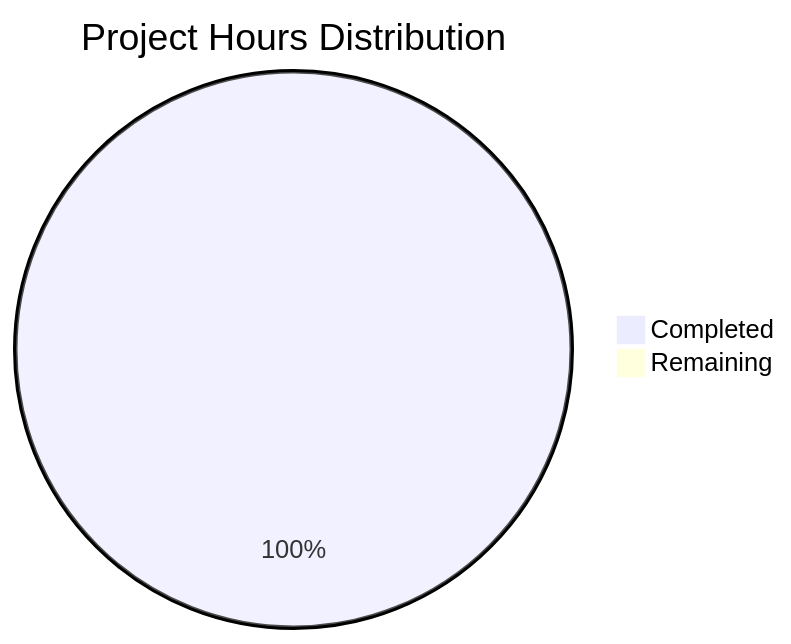
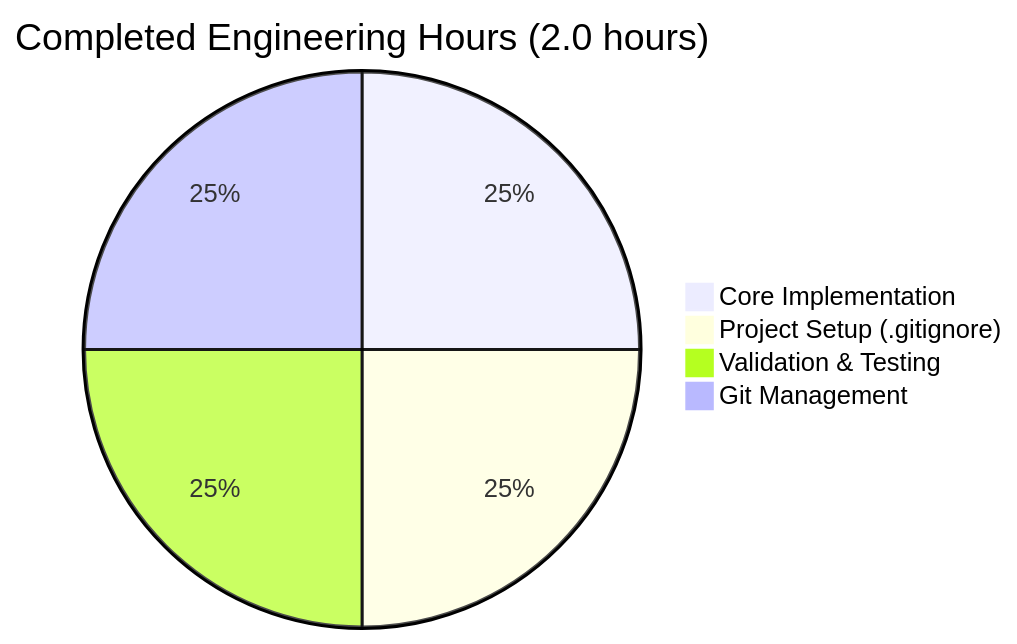
Before and after one commit to prasad-blitzy/quick-repo-4: the first of 3 diagrams in blitzy/documentation/Project Guide.md, drawn with Mermaid. The commit also changed other lines of this file, not shown here.

Commit message:
Adding Blitzy Project Guide: Project Status and Human Tasks Remaining

````diff
--- a/blitzy/documentation/Project Guide.md
+++ b/blitzy/documentation/Project Guide.md
@@ -149,5 +70,7 @@
 ```mermaid
-pie title Project Hours Distribution
-    "Completed" : 1.0
-    "Remaining" : 0.0
+pie title Completed Engineering Hours (2.0 hours)
+    "Core Implementation" : 0.5
+    "Project Setup (.gitignore)" : 0.5
+    "Validation & Testing" : 0.5
+    "Git Management" : 0.5
 ```
````
